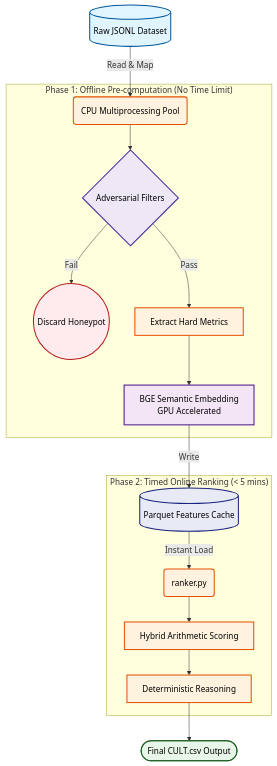
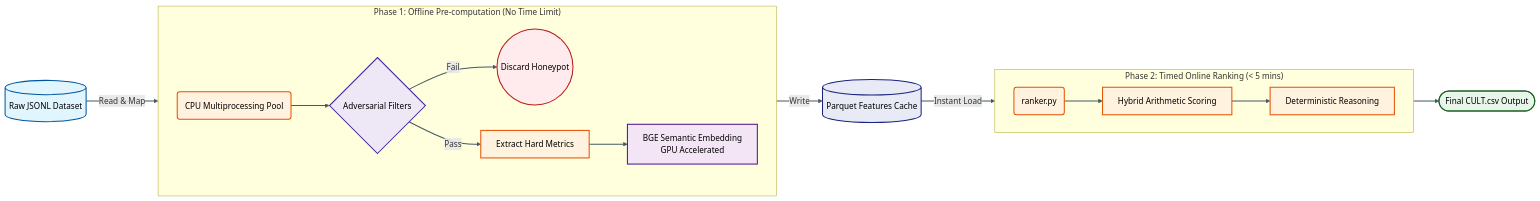
One commit to wolfieexd/india-runs changed the diagram in README.md. Above: the diagram before and after it, drawn with Mermaid.

Commit message:
docs: Fix mermaid diagram arrow overlaps and layout

````diff
--- a/README.md
+++ b/README.md
@@ -16,29 +16,33 @@
 ```mermaid
-graph TD
+graph LR
     classDef input fill:#e1f5fe,stroke:#01579b,stroke-width:2px,color:#000
     classDef process fill:#fff3e0,stroke:#e65100,stroke-width:2px,color:#000
     classDef gpu fill:#f3e5f5,stroke:#4a148c,stroke-width:2px,color:#000
     classDef decision fill:#ede7f6,stroke:#4527a0,stroke-width:2px,color:#000
     classDef discard fill:#ffebee,stroke:#b71c1c,stroke-width:2px,color:#000
     classDef success fill:#e8f5e9,stroke:#1b5e20,stroke-width:2px,color:#000
     classDef cache fill:#e8eaf6,stroke:#1a237e,stroke-width:2px,color:#000
 
-    A[(Raw JSONL Dataset)]:::input -->|Read & Map| B(CPU Multiprocessing Pool):::process
+    A[(Raw JSONL Dataset)]:::input -->|Read & Map| Phase1
     
-    subgraph "Phase 1: Offline Pre-computation (No Time Limit)"
-        B --> C{Adversarial Filters}:::decision
+    subgraph Phase1 ["Phase 1: Offline Pre-computation (No Time Limit)"]
+        direction LR
+        B(CPU Multiprocessing Pool):::process --> C{Adversarial Filters}:::decision
         C -->|Fail| X((Discard Honeypot)):::discard
         C -->|Pass| D[Extract Hard Metrics]:::process
         D --> E[BGE Semantic Embedding<br>GPU Accelerated]:::gpu
     end
     
     E -->|Write| F[(Parquet Features Cache)]:::cache
+    F -->|Instant Load| Phase2
     
-    subgraph "Phase 2: Timed Online Ranking (< 5 mins)"
-        F -->|Instant Load| G(ranker.py):::process
-        G --> H[Hybrid Arithmetic Scoring]:::process
+    subgraph Phase2 ["Phase 2: Timed Online Ranking (< 5 mins)"]
+        direction LR
+        G(ranker.py):::process --> H[Hybrid Arithmetic Scoring]:::process
         H --> I[Deterministic Reasoning]:::process
     end
     
     I --> J([Final CULT.csv Output]):::success
+    
+    linkStyle default stroke:#455a64,stroke-width:2px
 ```
````
